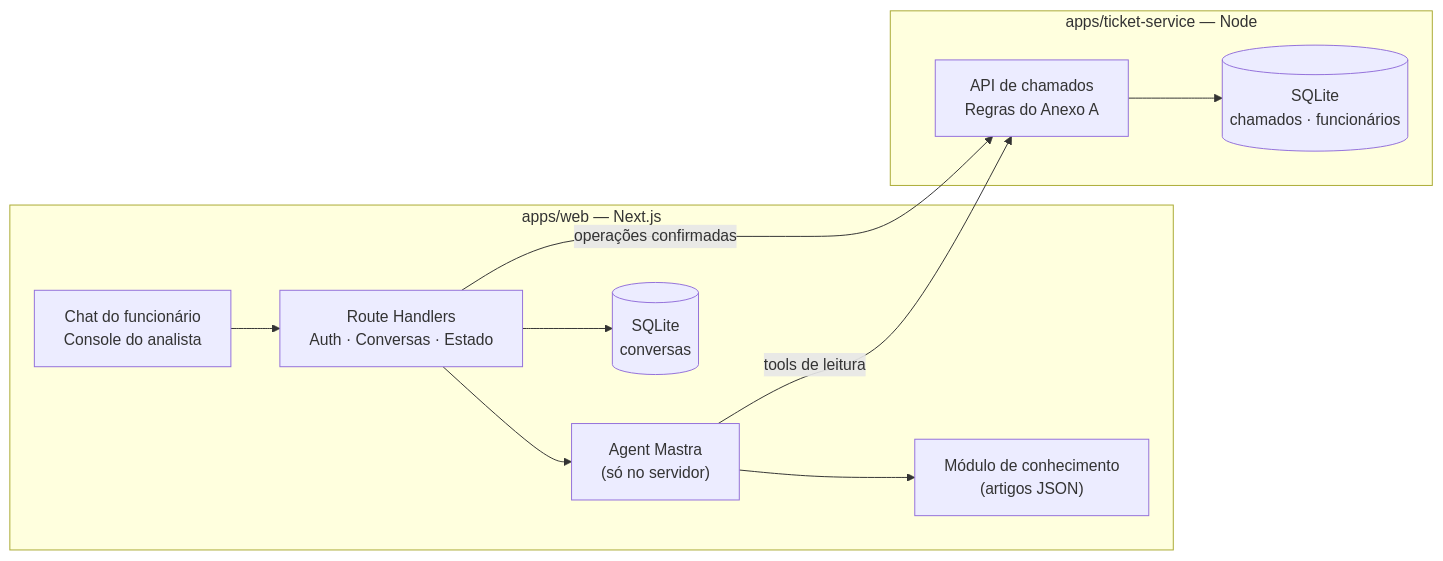
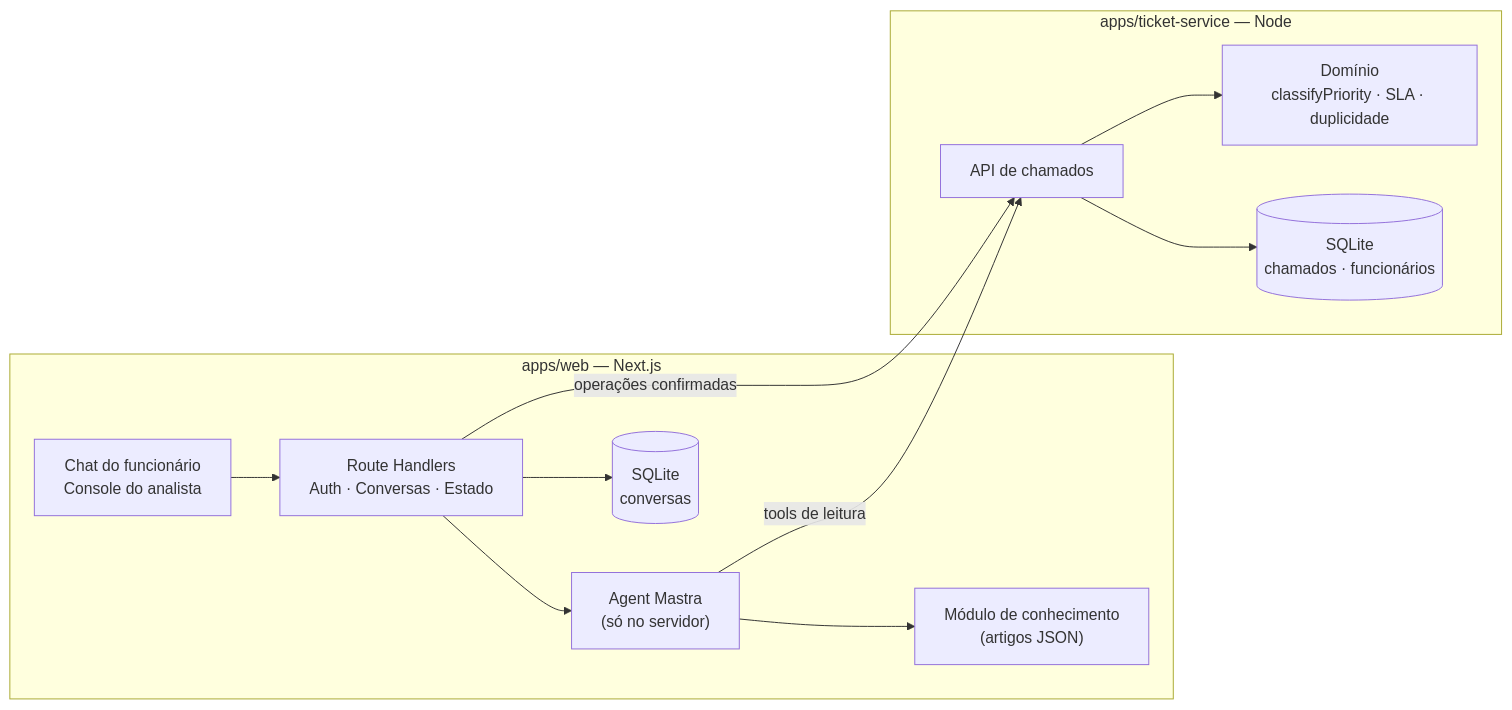
The diagram in README.md (AIemao/Nexo_Assist), drawn with Mermaid before and after one commit. The commit also changed other lines of this file and 1 other file, not shown here.

````diff
--- a/README.md
+++ b/README.md
@@ -243,20 +245,22 @@
 ```mermaid
 flowchart LR
   subgraph web["apps/web — Next.js"]
     UI["Chat do funcionário<br/>Console do analista"]
     BFF["Route Handlers<br/>Auth · Conversas · Estado"]
     AG["Agent Mastra<br/>(só no servidor)"]
     KB["Módulo de conhecimento<br/>(artigos JSON)"]
     DB1[("SQLite<br/>conversas")]
   end
   subgraph ts["apps/ticket-service — Node"]
-    API["API de chamados<br/>Regras do Anexo A"]
+    DOM["Domínio<br/>classifyPriority · SLA · duplicidade"]
+    API["API de chamados"]
     DB2[("SQLite<br/>chamados · funcionários")]
   end
   UI --> BFF --> AG
   AG --> KB
   BFF --> DB1
   AG -- tools de leitura --> API
   BFF -- operações confirmadas --> API
+  API --> DOM
   API --> DB2
 ```
````
